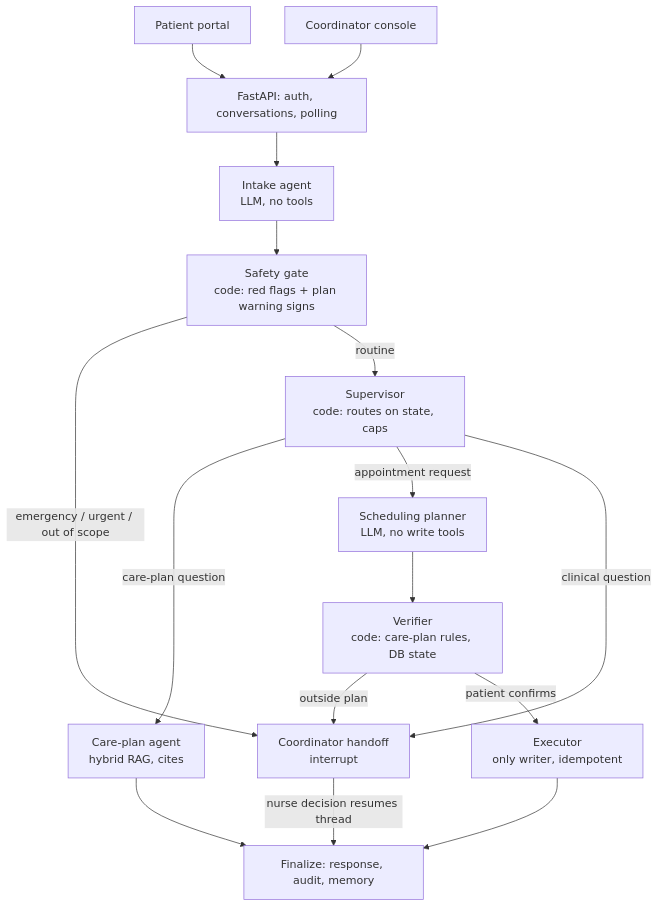
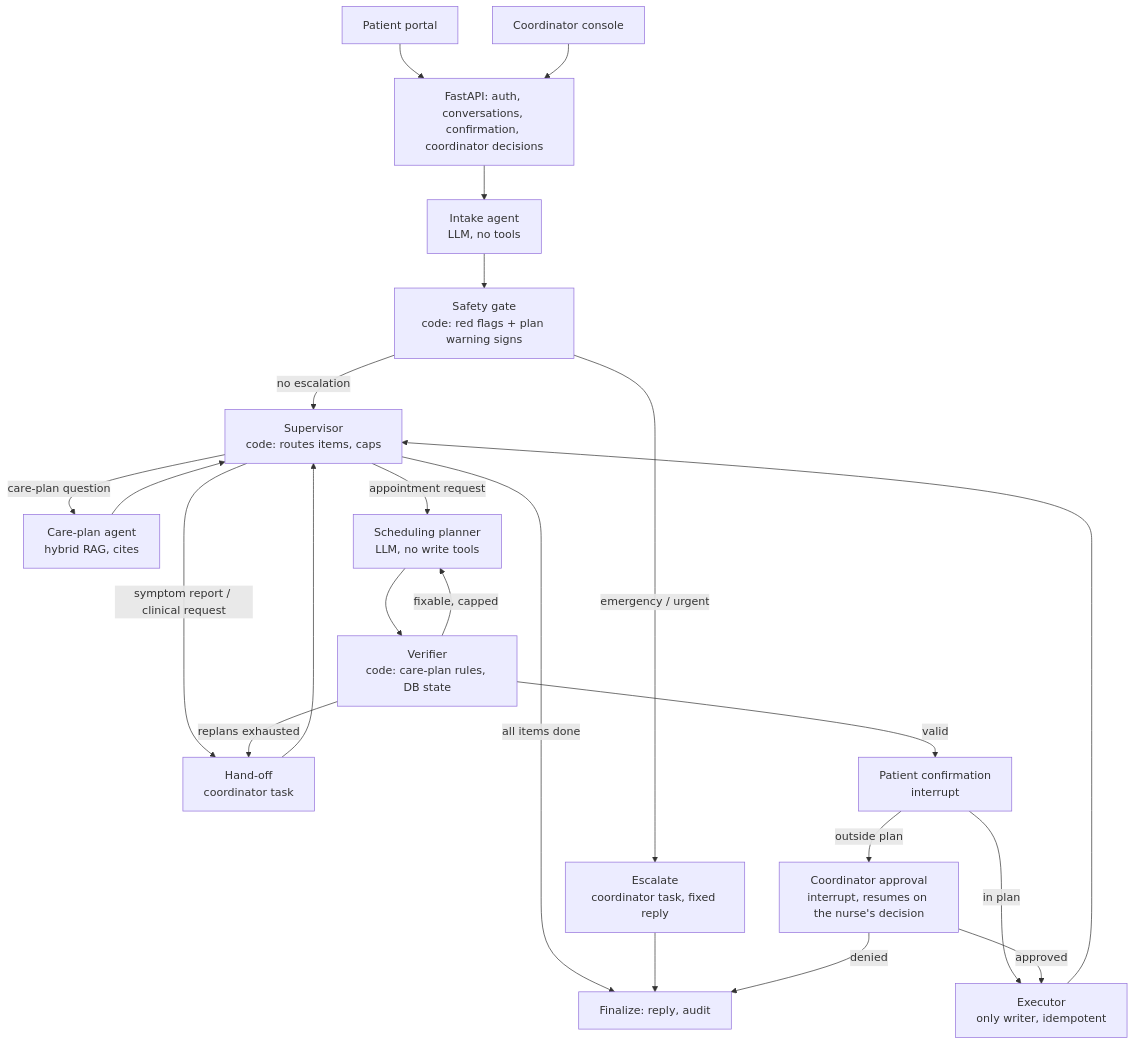
One commit to saideepaksana/careflow changed the diagram in docs/architecture.md. Above: the diagram before and after it, drawn with Mermaid. The commit also changed 42 other files, not shown here.

````diff
--- a/docs/architecture.md
+++ b/docs/architecture.md
@@ -7,18 +7,25 @@
 ```mermaid
 flowchart TD
-    P[Patient portal] --> API[FastAPI: auth, conversations, polling]
+    P[Patient portal] --> API[FastAPI: auth, conversations, confirmation, coordinator decisions]
     C[Coordinator console] --> API
     API --> I[Intake agent<br/>LLM, no tools]
     I --> G[Safety gate<br/>code: red flags + plan warning signs]
-    G -->|emergency / urgent / out of scope| H[Coordinator handoff<br/>interrupt]
-    G -->|routine| S[Supervisor<br/>code: routes on state, caps]
+    G -->|emergency / urgent| X[Escalate<br/>coordinator task, fixed reply]
+    G -->|no escalation| S[Supervisor<br/>code: routes items, caps]
     S -->|care-plan question| K[Care-plan agent<br/>hybrid RAG, cites]
     S -->|appointment request| SP[Scheduling planner<br/>LLM, no write tools]
-    S -->|clinical question| H
+    S -->|symptom report / clinical request| H[Hand-off<br/>coordinator task]
     SP --> V[Verifier<br/>code: care-plan rules, DB state]
-    V -->|outside plan| H
-    V -->|patient confirms| E[Executor<br/>only writer, idempotent]
-    K --> F[Finalize: response, audit, memory]
-    E --> F
-    H -->|nurse decision resumes thread| F
+    V -->|fixable, capped| SP
+    V -->|replans exhausted| H
+    V -->|valid| CF[Patient confirmation<br/>interrupt]
+    CF -->|outside plan| CA[Coordinator approval<br/>interrupt, resumes on the nurse's decision]
+    CF -->|in plan| E[Executor<br/>only writer, idempotent]
+    CA -->|approved| E
+    K --> S
+    H --> S
+    E --> S
+    S -->|all items done| F[Finalize: reply, audit]
+    X --> F
+    CA -->|denied| F
 ```
````
